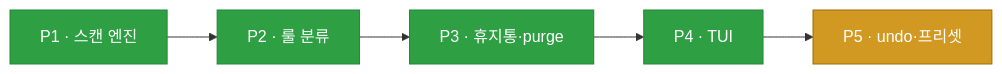
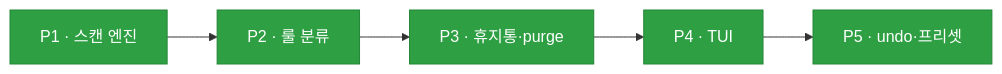
One commit to seeminglyjs/PurgeFs changed the first of 3 diagrams in README.md. Above: the diagram before and after it, drawn with Mermaid. The commit also changed other lines of this file, not shown here.

Commit message:
docs: finalize README for P5 (undo/preset commands, history pkg, all phases done)

````diff
--- a/README.md
+++ b/README.md
@@ -9,8 +9,8 @@
 ```mermaid
 flowchart LR
-    P1["P1 · 스캔 엔진"]:::done --> P2["P2 · 룰 분류"]:::done --> P3["P3 · 휴지통·purge"]:::done --> P4["P4 · TUI"]:::done --> P5["P5 · undo·프리셋"]:::current
+    P1["P1 · 스캔 엔진"]:::done --> P2["P2 · 룰 분류"]:::done --> P3["P3 · 휴지통·purge"]:::done --> P4["P4 · TUI"]:::done --> P5["P5 · undo·프리셋"]:::done
 
     classDef done fill:#2ea043,color:#ffffff,stroke:#238636,stroke-width:1px
     classDef current fill:#d29922,color:#ffffff,stroke:#9e6a03,stroke-width:1px
     classDef todo fill:#30363d,color:#8b949e,stroke:#484f58,stroke-width:1px
 ```
````
